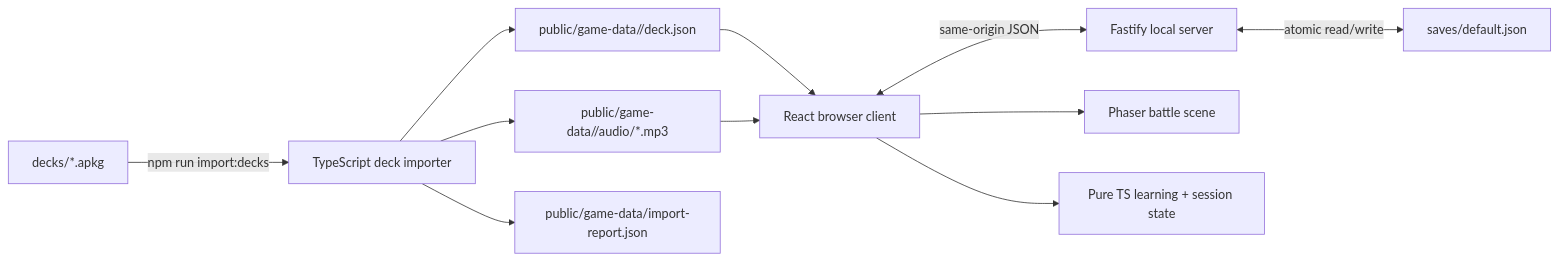
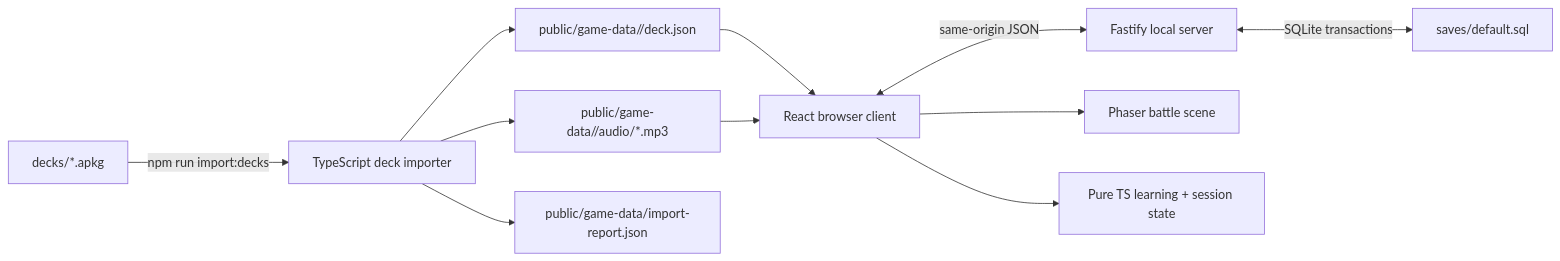
Before and after one commit to chikcne/hsk-game: the first of 3 diagrams in designs/MAIN.md, drawn with Mermaid. The commit also changed other lines of this file and 62 other files, not shown here.

Commit message:
Implement Battle Mode with mastery-driven spawning and SQLite saves

````diff
--- a/designs/MAIN.md
+++ b/designs/MAIN.md
@@ -87,14 +104,14 @@
 ```mermaid
 flowchart LR
   APKG[decks/*.apkg] -->|npm run import:decks| Importer[TypeScript deck importer]
   Importer --> Data[public/game-data/<deck>/deck.json]
   Importer --> Audio[public/game-data/<deck>/audio/*.mp3]
   Importer --> Audit[public/game-data/import-report.json]
 
   Browser[React browser client] <-->|same-origin JSON| API[Fastify local server]
-  API <-->|atomic read/write| Saves[saves/default.json]
+  API <-->|SQLite transactions| Saves[saves/default.sql]
   Browser --> Phaser[Phaser battle scene]
   Browser --> Domain[Pure TS learning + session state]
   Data --> Browser
   Audio --> Browser
 ```
````
